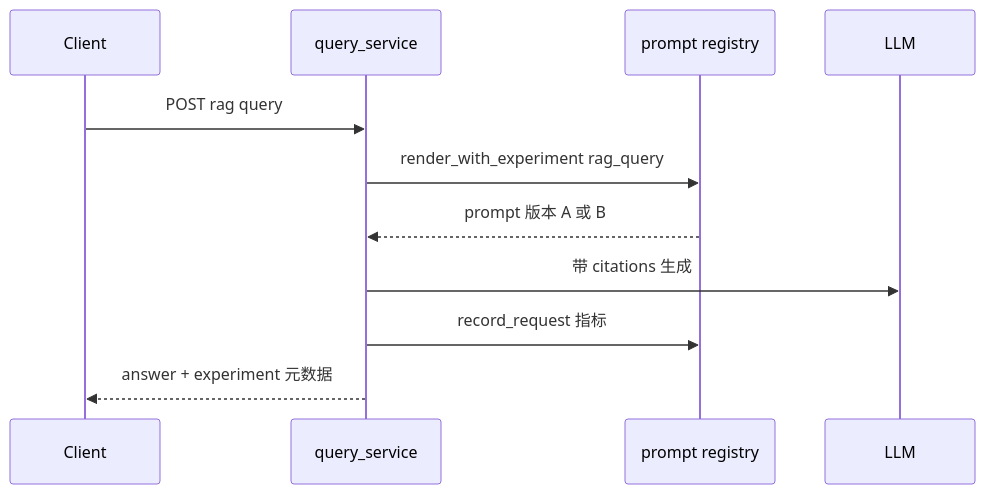
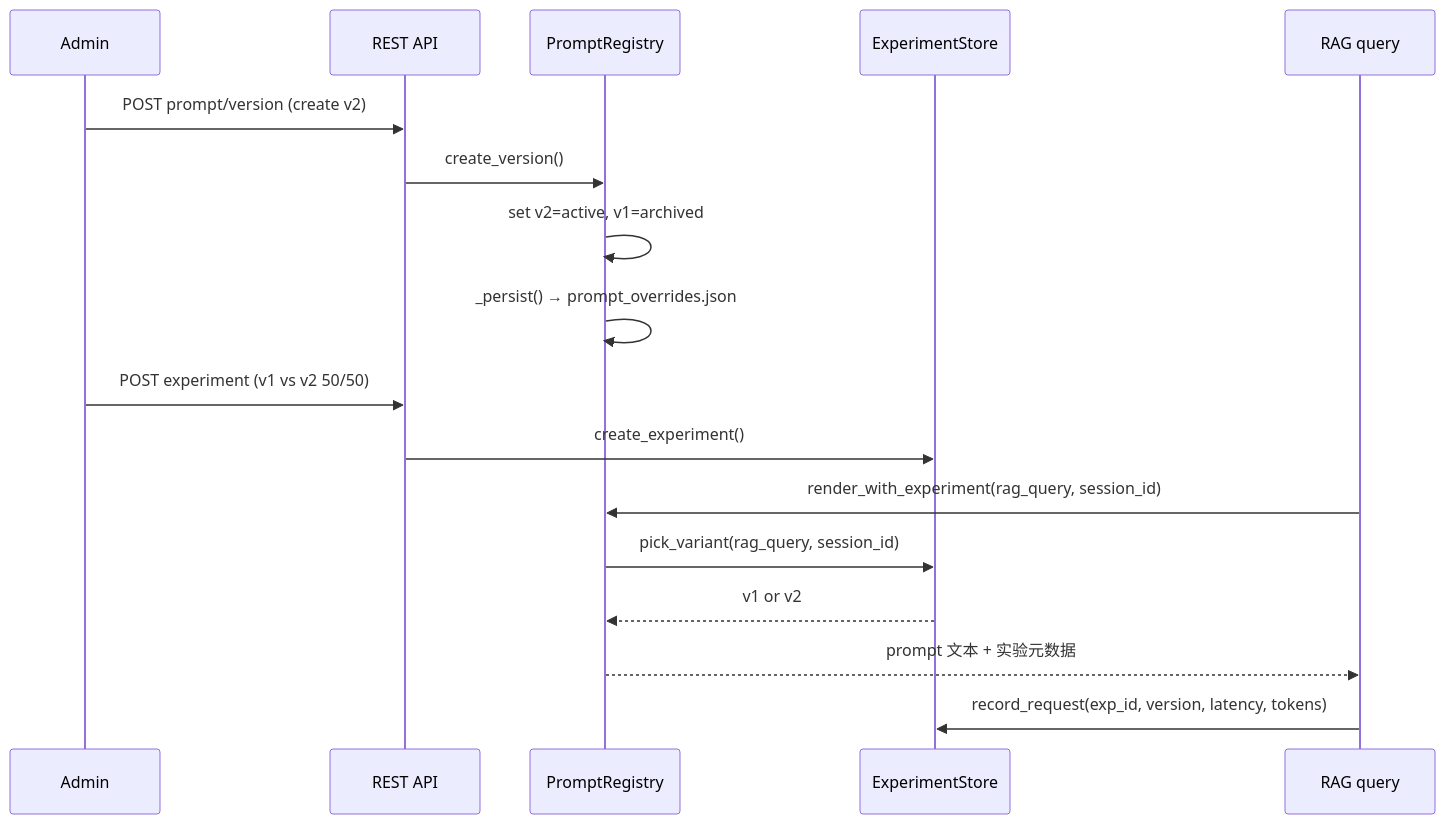
Before and after one commit to xingyun0812/ai-platform-lab: the first of 3 diagrams in docs/phase-f-build-and-code-guide.md, drawn with Mermaid. The commit also changed other lines of this file and 10 other files, not shown here.

````diff
--- a/docs/phase-f-build-and-code-guide.md
+++ b/docs/phase-f-build-and-code-guide.md
@@ -38,14 +145,22 @@
 ```mermaid
 sequenceDiagram
-  participant C as Client
-  participant RAG as query_service
-  participant PR as prompt registry
-  participant LLM as LLM
+  participant Admin as Admin
+  participant API as REST API
+  participant PR as PromptRegistry
+  participant ES as ExperimentStore
+  participant RAG as RAG query
 
-  C->>RAG: POST rag query
-  RAG->>PR: render_with_experiment rag_query
-  PR-->>RAG: prompt 版本 A 或 B
-  RAG->>LLM: 带 citations 生成
-  RAG->>PR: record_request 指标
-  RAG-->>C: answer + experiment 元数据
+  Admin->>API: POST prompt/version (create v2)
+  API->>PR: create_version()
+  PR->>PR: set v2=active, v1=archived
+  PR->>PR: _persist() → prompt_overrides.json
+
+  Admin->>API: POST experiment (v1 vs v2 50/50)
+  API->>ES: create_experiment()
+
+  RAG->>PR: render_with_experiment(rag_query, session_id)
+  PR->>ES: pick_variant(rag_query, session_id)
+  ES-->>PR: v1 or v2
+  PR-->>RAG: prompt 文本 + 实验元数据
+  RAG->>ES: record_request(exp_id, version, latency, tokens)
 ```
````
